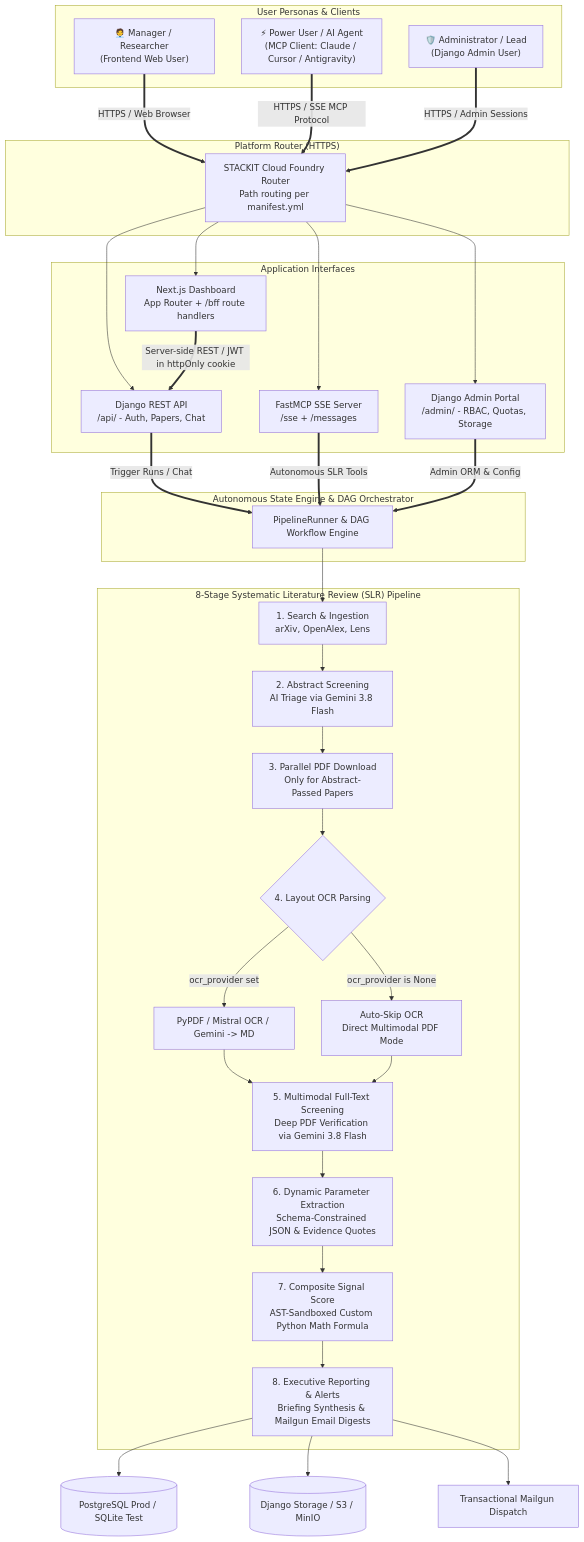
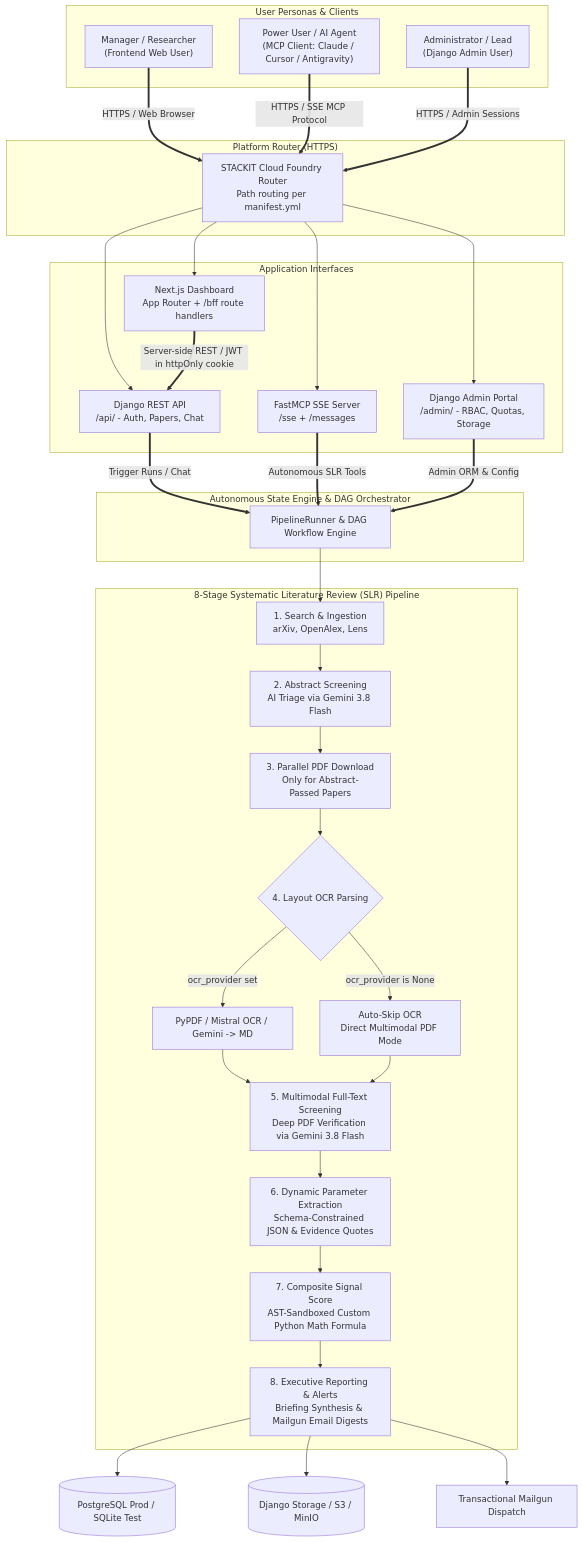
The first of 2 diagrams in README.md (p4ku/research-intelligence), drawn with Mermaid before and after one commit. The commit also changed other lines of this file, not shown here.

````diff
--- a/README.md
+++ b/README.md
@@ -17,56 +17,56 @@
 ```mermaid
 graph TB
     subgraph Personas ["User Personas & Clients"]
-        manager["🧑‍💼 Manager / Researcher<br>(Frontend Web User)"]
-        power["⚡ Power User / AI Agent<br>(MCP Client: Claude / Cursor / Antigravity)"]
-        admin["🛡️ Administrator / Lead<br>(Django Admin User)"]
+        manager["Manager / Researcher<br>(Frontend Web User)"]
+        power["Power User / AI Agent<br>(MCP Client: Claude / Cursor / Antigravity)"]
+        admin["Administrator / Lead<br>(Django Admin User)"]
     end
 
     subgraph Ingress ["Platform Router (HTTPS)"]
         router[STACKIT Cloud Foundry Router<br>Path routing per manifest.yml]
     end
 
     subgraph Interfaces ["Application Interfaces"]
         frontend[Next.js Dashboard<br>App Router + /bff route handlers]
         api[Django REST API<br>/api/ - Auth, Papers, Chat]
         django_admin[Django Admin Portal<br>/admin/ - RBAC, Quotas, Storage]
         mcp[FastMCP SSE Server<br>/sse + /messages]
     end
 
     subgraph StateEngine ["Autonomous State Engine & DAG Orchestrator"]
         engine[PipelineRunner & DAG Workflow Engine]
     end
 
     subgraph PipelineExecution ["8-Stage Systematic Literature Review (SLR) Pipeline"]
         engine --> Step1[1. Search & Ingestion<br>arXiv, OpenAlex, Lens]
         Step1 --> Step2[2. Abstract Screening<br>AI Triage via Gemini 3.8 Flash]
         Step2 --> Step3[3. Parallel PDF Download<br>Only for Abstract-Passed Papers]
         Step3 --> Step4{4. Layout OCR Parsing}
         Step4 -->|ocr_provider set| OCRConv[PyPDF / Mistral OCR / Gemini -> MD]
         Step4 -->|ocr_provider is None| SkipOCR[Auto-Skip OCR<br>Direct Multimodal PDF Mode]
         OCRConv --> Step5
         SkipOCR --> Step5
         Step5[5. Multimodal Full-Text Screening<br>Deep PDF Verification via Gemini 3.8 Flash]
         Step5 --> Step6[6. Dynamic Parameter Extraction<br>Schema-Constrained JSON & Evidence Quotes]
         Step6 --> Step7[7. Composite Signal Score<br>AST-Sandboxed Custom Python Math Formula]
         Step7 --> Step8[8. Executive Reporting & Alerts<br>Briefing Synthesis & Mailgun Email Digests]
     end
 
     manager ==>|HTTPS / Web Browser| router
     power ==>|HTTPS / SSE MCP Protocol| router
     admin ==>|HTTPS / Admin Sessions| router
 
     router --> frontend
     router --> api
     router --> django_admin
     router --> mcp
 
     frontend ==>|Server-side REST / JWT in httpOnly cookie| api
     api ==>|Trigger Runs / Chat| engine
     mcp ==>|Autonomous SLR Tools| engine
     django_admin ==>|Admin ORM & Config| engine
 
     Step8 --> DB[(PostgreSQL Prod / SQLite Test)]
     Step8 --> Storage[(Django Storage / S3 / MinIO)]
     Step8 --> EmailNotifier[Transactional Mailgun Dispatch]
 ```
````
